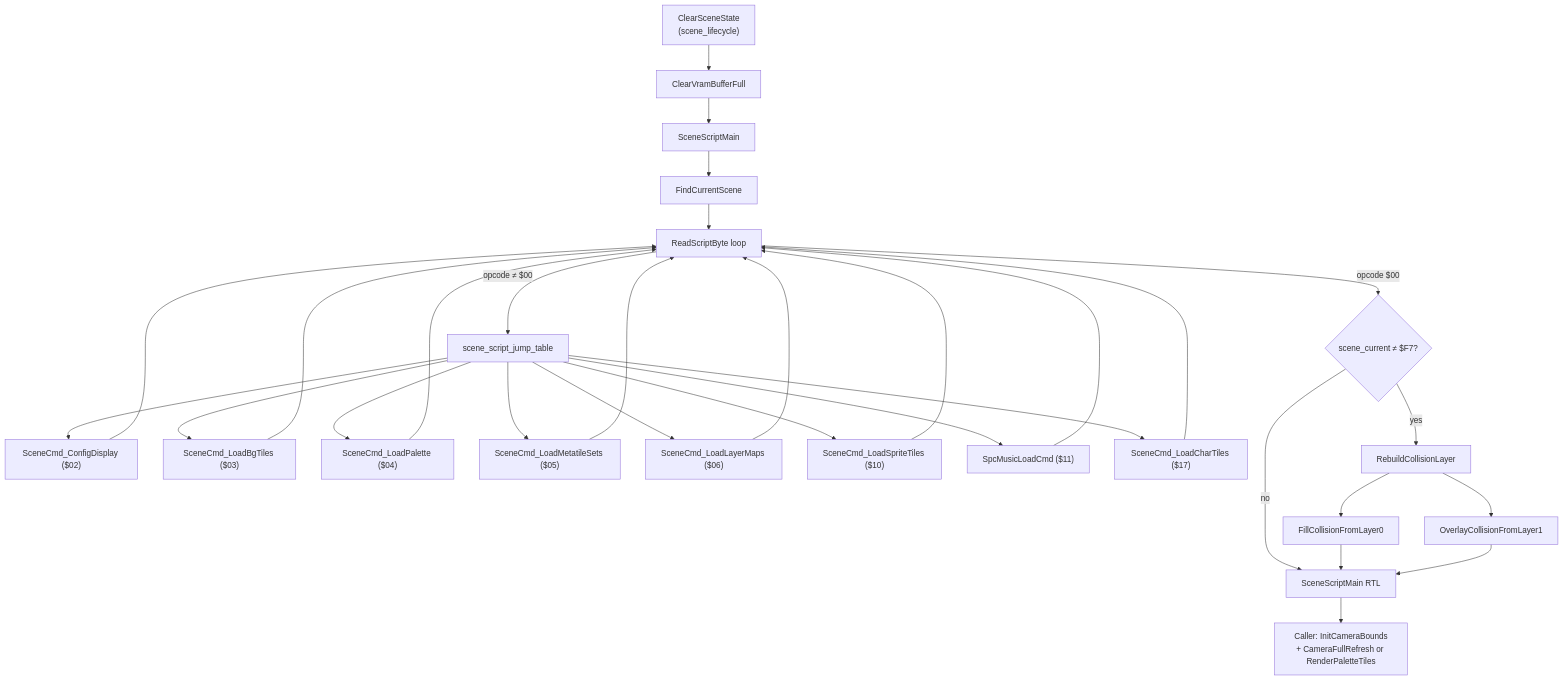
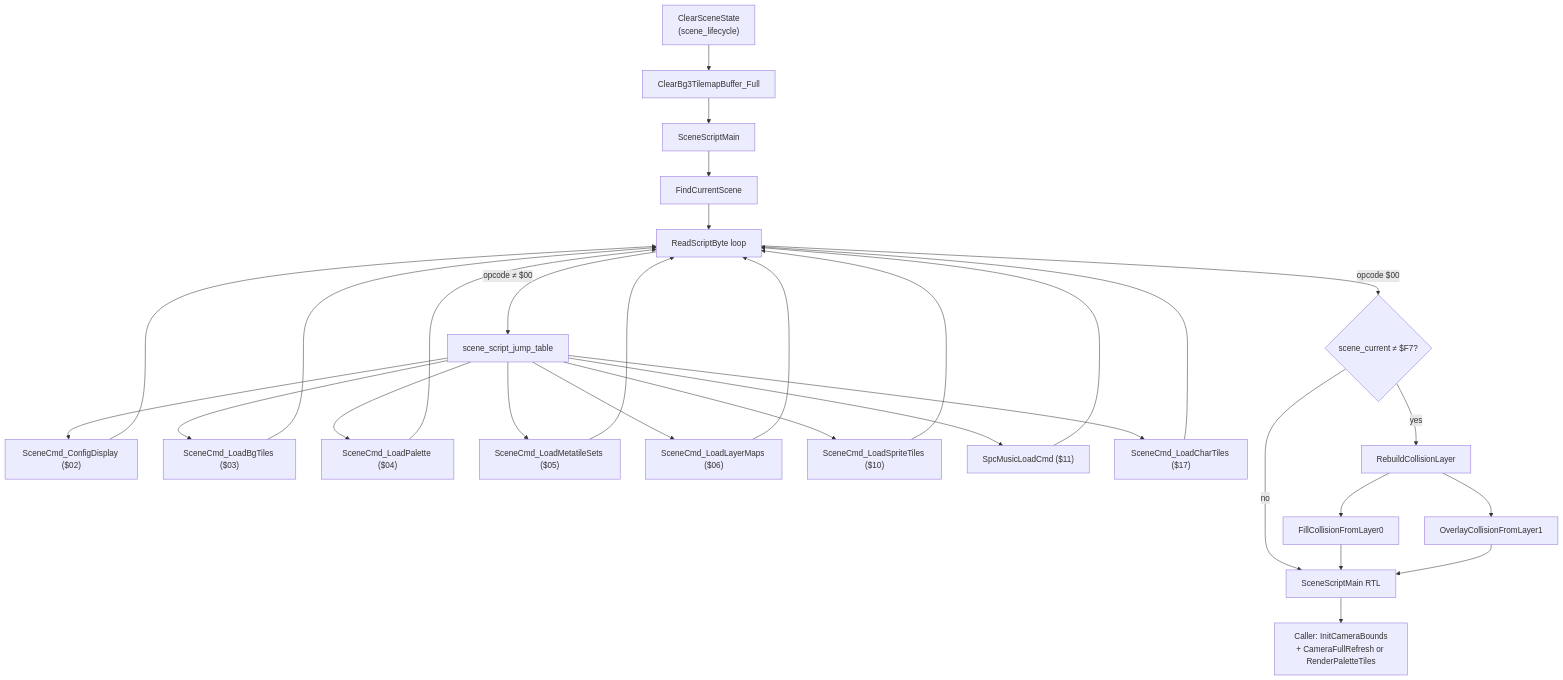
The first of 2 diagrams in docs/code/bank02/scene-script.md (Azarem/gaia-iog-baserom), drawn with Mermaid before and after one commit. The commit also changed 17 other files, not shown here.

````diff
--- a/docs/code/bank02/scene-script.md
+++ b/docs/code/bank02/scene-script.md
@@ -17,32 +17,32 @@
 ```mermaid
 flowchart TD
-    ClearSceneState["ClearSceneState<br/>(scene_lifecycle)"] --> ClearVram["ClearVramBufferFull"]
+    ClearSceneState["ClearSceneState<br/>(scene_lifecycle)"] --> ClearVram["ClearBg3TilemapBuffer_Full"]
     ClearVram --> SSM["SceneScriptMain"]
     SSM --> FCS["FindCurrentScene"]
     FCS --> Loop["ReadScriptByte loop"]
     Loop -->|"opcode ≠ $00"| Dispatch["scene_script_jump_table"]
     Dispatch --> ConfigDisplay["SceneCmd_ConfigDisplay ($02)"]
     Dispatch --> LoadBg["SceneCmd_LoadBgTiles ($03)"]
     Dispatch --> LoadTilemap["SceneCmd_LoadPalette ($04)"]
     Dispatch --> LoadDual["SceneCmd_LoadMetatileSets ($05)"]
     Dispatch --> FullGfx["SceneCmd_LoadLayerMaps ($06)"]
     Dispatch --> LoadSprite["SceneCmd_LoadSpriteTiles ($10)"]
     Dispatch --> SpcMusic["SpcMusicLoadCmd ($11)"]
     Dispatch --> LoadChar["SceneCmd_LoadCharTiles ($17)"]
     ConfigDisplay --> Loop
     LoadBg --> Loop
     LoadTilemap --> Loop
     LoadDual --> Loop
     FullGfx --> Loop
     LoadSprite --> Loop
     SpcMusic --> Loop
     LoadChar --> Loop
     Loop -->|"opcode $00"| EndCheck{"scene_current ≠ $F7?"}
     EndCheck -->|yes| RLD["RebuildCollisionLayer"]
     EndCheck -->|no| ScriptDone["SceneScriptMain RTL"]
     RLD --> ReloadL0["FillCollisionFromLayer0"]
     RLD --> ReloadL1["OverlayCollisionFromLayer1"]
     ReloadL0 --> ScriptDone
     ReloadL1 --> ScriptDone
     ScriptDone --> PostLoad["Caller: InitCameraBounds<br/>+ CameraFullRefresh or RenderPaletteTiles"]
 ```
````
